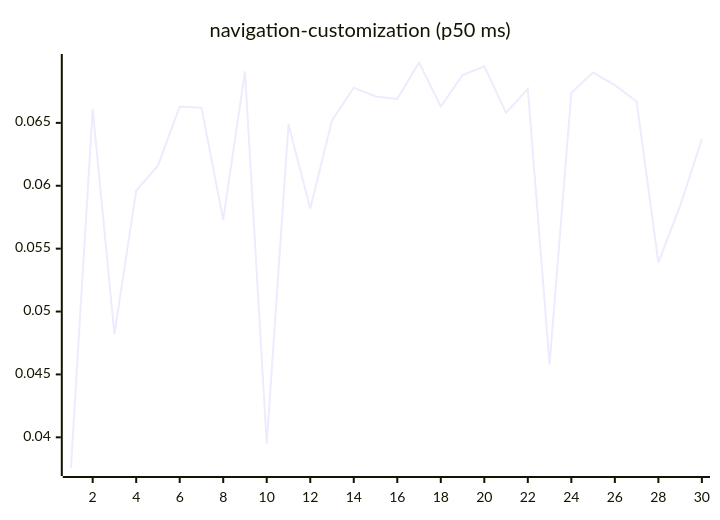
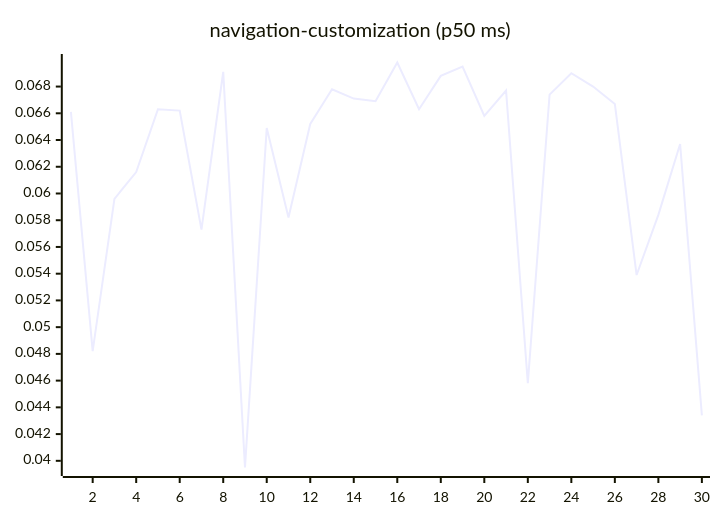
Before and after one commit to josha/Facet: diagram 15 of 27 in README.md, drawn with Mermaid. The commit also changed other lines of this file and 2 other files, not shown here.

````diff
--- a/README.md
+++ b/README.md
@@ -161,6 +161,6 @@
 ```mermaid
 xychart-beta
     title "navigation-customization (p50 ms)"
     x-axis 1 --> 30
-    line [0.0376, 0.0661, 0.0482, 0.0596, 0.0616, 0.0663, 0.0662, 0.0573, 0.0691, 0.0395, 0.0649, 0.0582, 0.0652, 0.0678, 0.0671, 0.0669, 0.0698, 0.0663, 0.0688, 0.0695, 0.0658, 0.0677, 0.0458, 0.0674, 0.0690, 0.0680, 0.0667, 0.0539, 0.0584, 0.0637]
+    line [0.0661, 0.0482, 0.0596, 0.0616, 0.0663, 0.0662, 0.0573, 0.0691, 0.0395, 0.0649, 0.0582, 0.0652, 0.0678, 0.0671, 0.0669, 0.0698, 0.0663, 0.0688, 0.0695, 0.0658, 0.0677, 0.0458, 0.0674, 0.0690, 0.0680, 0.0667, 0.0539, 0.0584, 0.0637, 0.0434]
 ```
````
